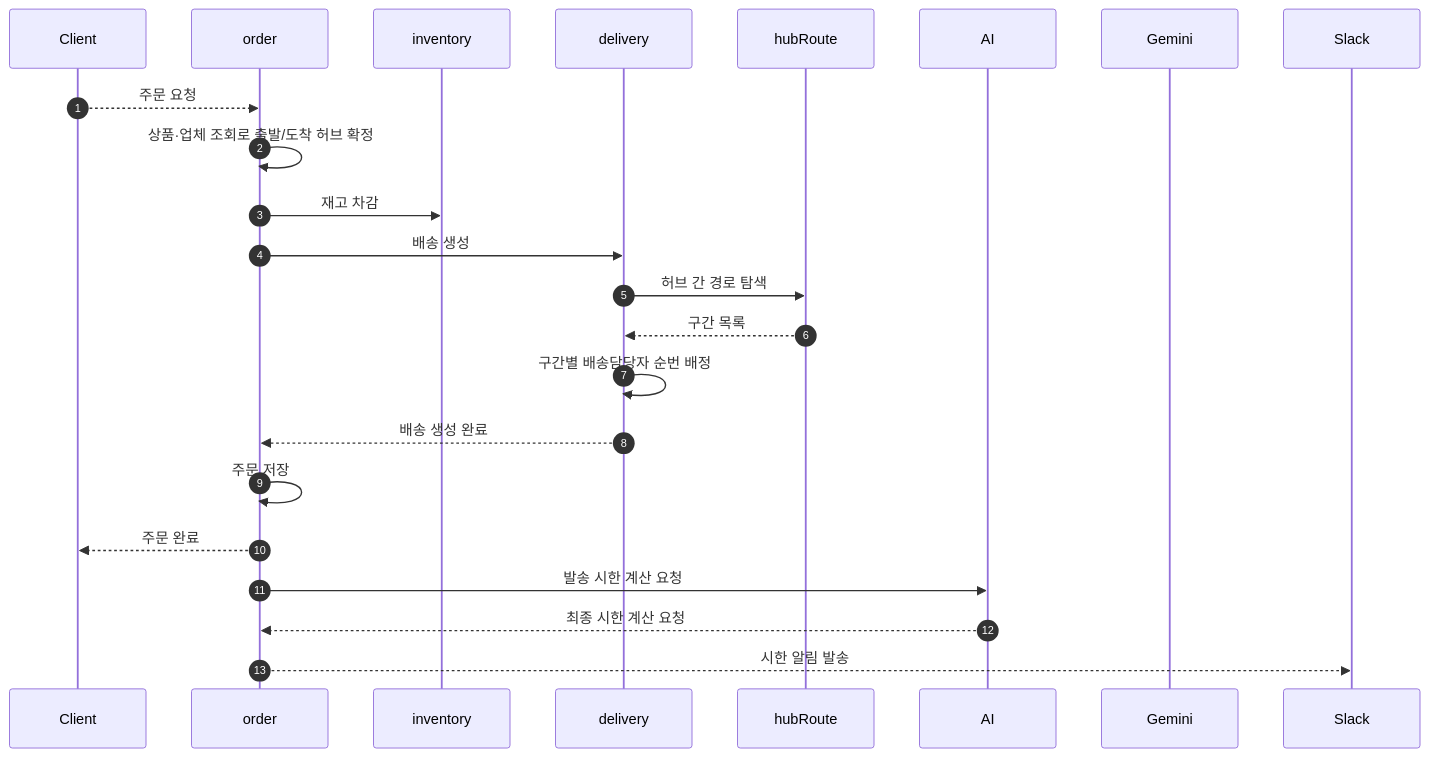
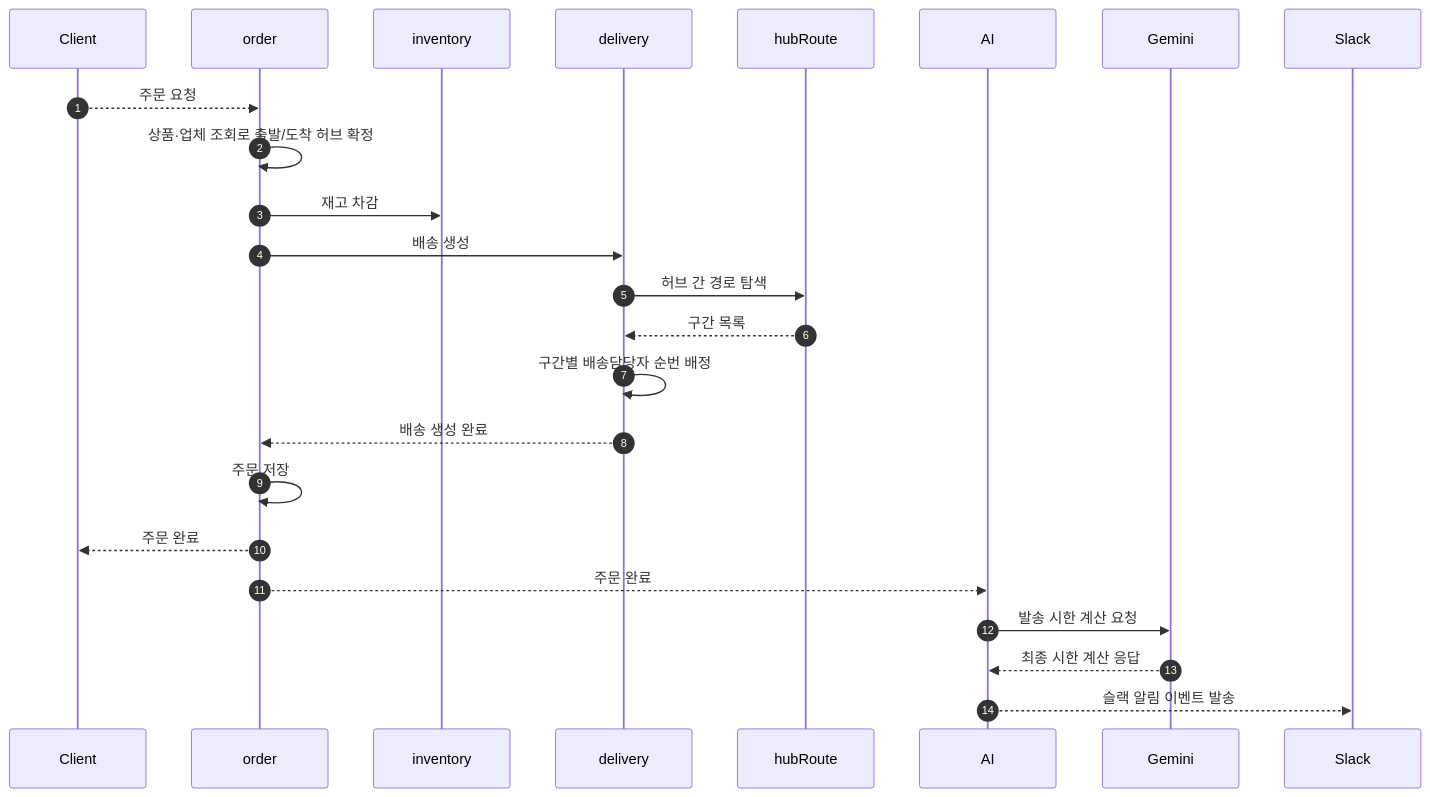
Before and after one commit to 1010-2-Logistics/logistics: the diagram in README.md, drawn with Mermaid.

Commit message:
docs: readme 수정

````diff
--- a/README.md
+++ b/README.md
@@ -67,26 +67,27 @@
 ```mermaid
 sequenceDiagram
     autonumber
     participant C as Client
     participant O as order
     participant I as inventory
     participant D as delivery
     participant HR as hubRoute
     participant A as AI
     participant G as Gemini
     participant S as Slack
 
     C-->>O: 주문 요청
     O->>O: 상품·업체 조회로 출발/도착 허브 확정
     O->>I: 재고 차감
     O->>D: 배송 생성
     D->>HR: 허브 간 경로 탐색
     HR-->>D: 구간 목록
     D->>D: 구간별 배송담당자 순번 배정
     D-->>O: 배송 생성 완료
     O->>O: 주문 저장
     O-->>C: 주문 완료
-    O->>A: 발송 시한 계산 요청
-    A-->>O: 최종 시한 계산 요청
-    O-->>S: 시한 알림 발송
+    O-->>A: 주문 완료
+    A->>G: 발송 시한 계산 요청
+    G-->>A: 최종 시한 계산 응답
+    A-->>S: 슬랙 알림 이벤트 발송
 ```
````
